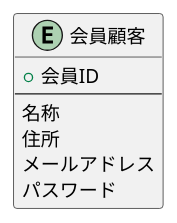
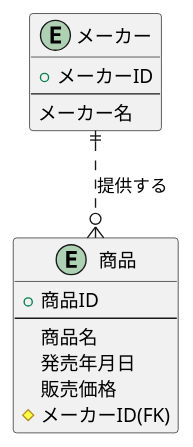
One commit to yinm/uml-modeling-lesson changed the diagram in ch13/sample.puml. Above: the diagram before and after it, drawn with PlantUML.

Commit message:
Add lesson45

```diff
--- a/ch13/sample.puml
+++ b/ch13/sample.puml
@@ -1,12 +1,20 @@
 @startuml
 
-entity 会員顧客 {
-  + 会員ID
+entity メーカー {
+  + メーカーID
   ---
-  名称
-  住所
-  メールアドレス
-  パスワード
+  メーカー名
 }
 
+entity 商品 {
+  + 商品ID
+  ---
+  商品名
+  発売年月日
+  販売価格
+  # メーカーID(FK)
+}
+
+メーカー ||..o{ 商品 : 提供する
+
 @enduml
```
